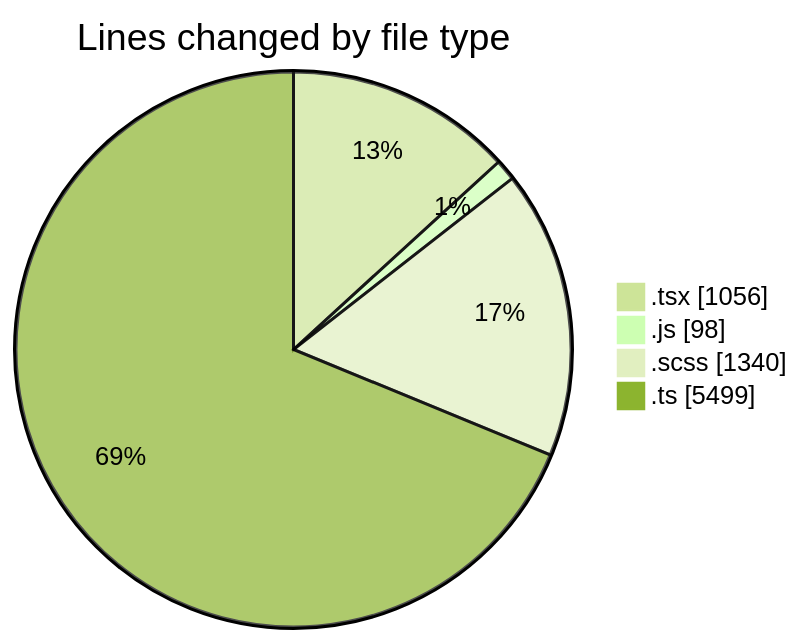
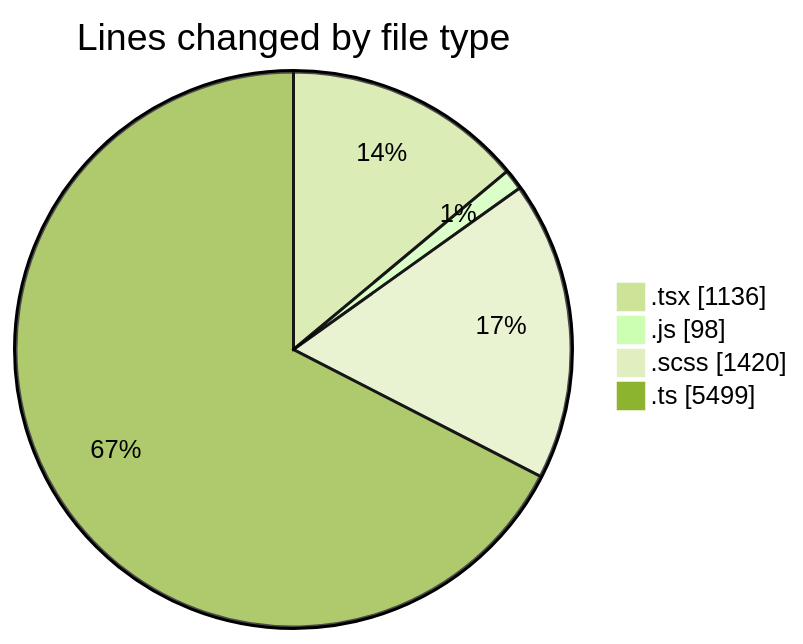
Before and after one commit to momahboobian/code-tracking: the first of 2 diagrams in 2025-03-31/cda/README.md, drawn with Mermaid (forest theme). The commit also changed other lines of this file and 1 other file, not shown here.

````diff
--- a/2025-03-31/cda/README.md
+++ b/2025-03-31/cda/README.md
@@ -39,8 +39,8 @@
 ```mermaid
 pie showData
 title Lines changed by file type
-".tsx" : 1056
+".tsx" : 1136
 ".js" : 98
-".scss" : 1340
+".scss" : 1420
 ".ts" : 5499
 ```
````
